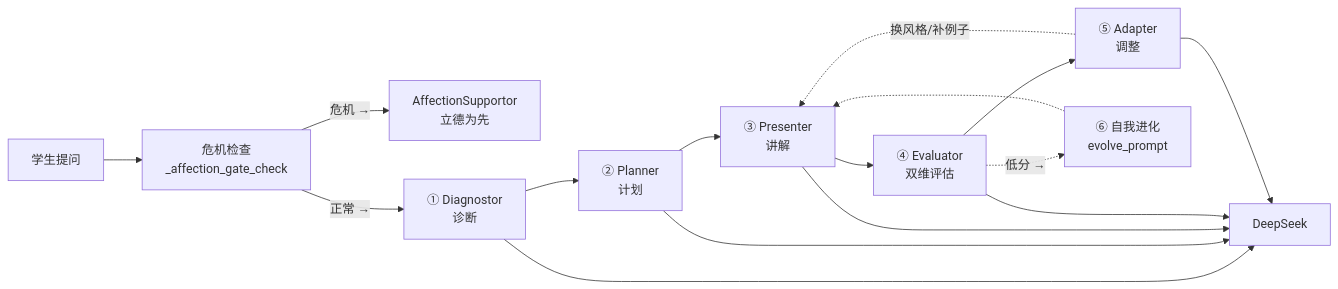
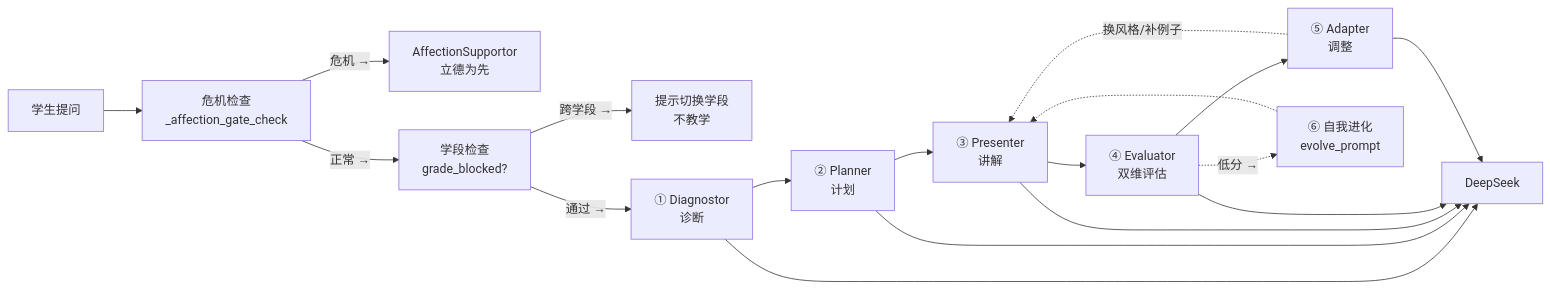
Before and after one commit to Golden2002/PAEG: the second of 7 diagrams in ARCHITECTURE_LINKS.md, drawn with Mermaid. The commit also changed other lines of this file, not shown here.

Commit message:
v0.25 文档更新：3 新学科+学段联动+PPT MCP+自我更新闭环 (ARCHITECTURE_LINKS.md)

````diff
--- a/ARCHITECTURE_LINKS.md
+++ b/ARCHITECTURE_LINKS.md
@@ -43,14 +45,16 @@
 ```mermaid
 flowchart LR
     Q["学生提问"] --> G["危机检查<br/>_affection_gate_check"]
     G -->|"危机 →"| AFF["AffectionSupportor<br/>立德为先"]
-    G -->|"正常 →"| DIA["① Diagnostor<br/>诊断"]
+    G -->|"正常 →"| GS["学段检查<br/>grade_blocked?"]
+    GS -->|"跨学段 →"| BLK["提示切换学段<br/>不教学"]
+    GS -->|"通过 →"| DIA["① Diagnostor<br/>诊断"]
     DIA --> PLA["② Planner<br/>计划"]
     PLA --> PRE["③ Presenter<br/>讲解"]
     PRE --> EVA["④ Evaluator<br/>双维评估"]
     EVA --> ADA["⑤ Adapter<br/>调整"]
     ADA -.->|"换风格/补例子"| PRE
     DIA & PLA & PRE & EVA & ADA --> LLM["DeepSeek"]
     EVA -.->|"低分 →"| SELF["⑥ 自我进化<br/>evolve_prompt"]
     SELF -.-> PRE
 ```
````
